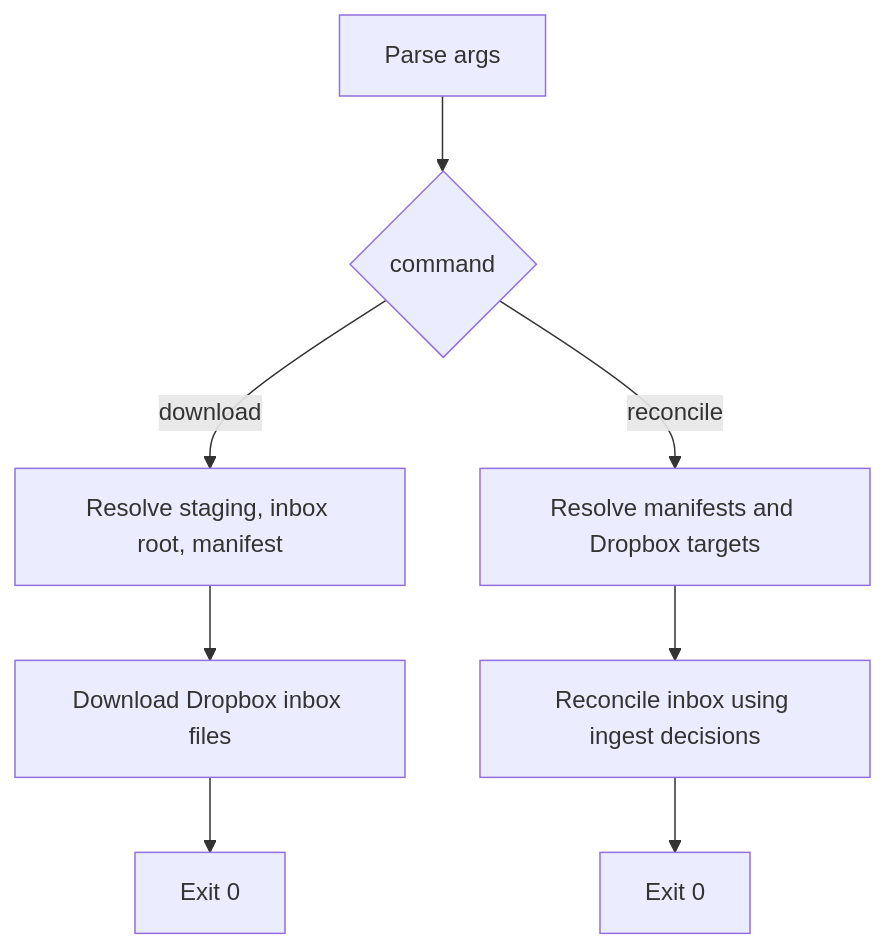
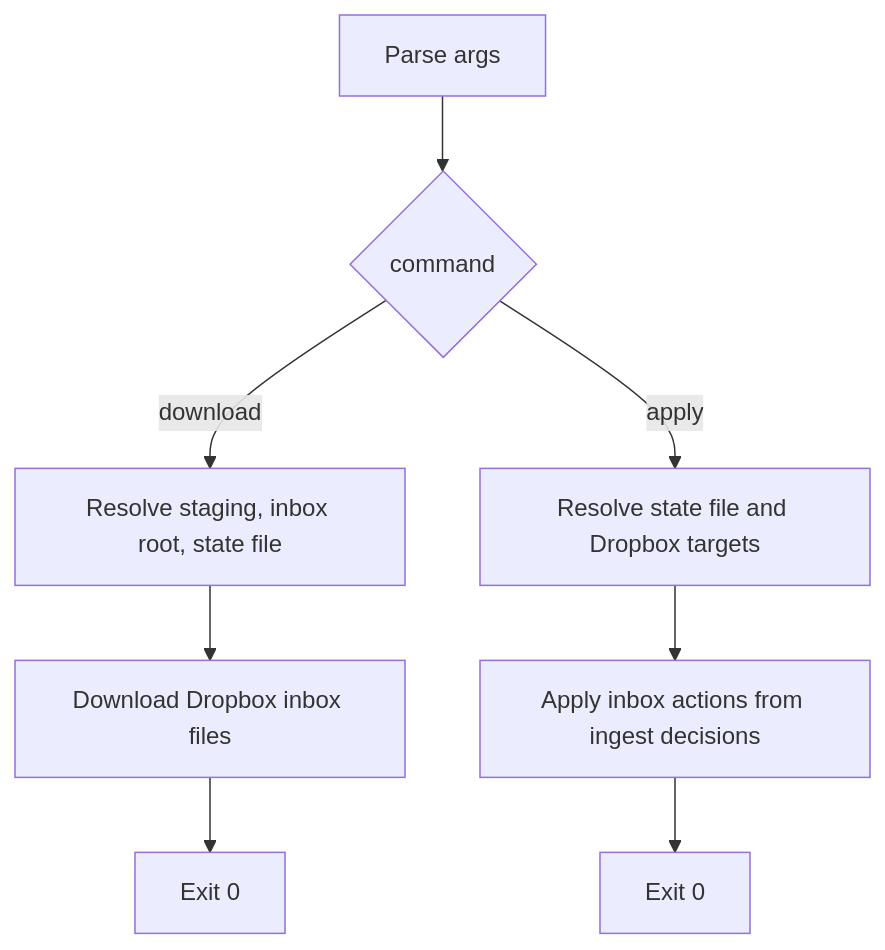
One commit to geokarak/georgios-karakostas.com changed the diagram in docs/SYNC_DROPBOX_INBOX_FLOW.md. Above: the diagram before and after it, drawn with Mermaid. The commit also changed other lines of this file and 15 other files, not shown here.

Commit message:
Simplify Dropbox sync state flow

````diff
--- a/docs/SYNC_DROPBOX_INBOX_FLOW.md
+++ b/docs/SYNC_DROPBOX_INBOX_FLOW.md
@@ -8,10 +8,10 @@
 ```mermaid
 flowchart TD
     A[Parse args] --> B{command}
-    B -- download --> C[Resolve staging, inbox root, manifest]
+    B -- download --> C[Resolve staging, inbox root, state file]
     C --> D[Download Dropbox inbox files]
     D --> E[Exit 0]
-    B -- reconcile --> F[Resolve manifests and Dropbox targets]
-    F --> G[Reconcile inbox using ingest decisions]
+    B -- apply --> F[Resolve state file and Dropbox targets]
+    F --> G[Apply inbox actions from ingest decisions]
     G --> H[Exit 0]
 ```
````
